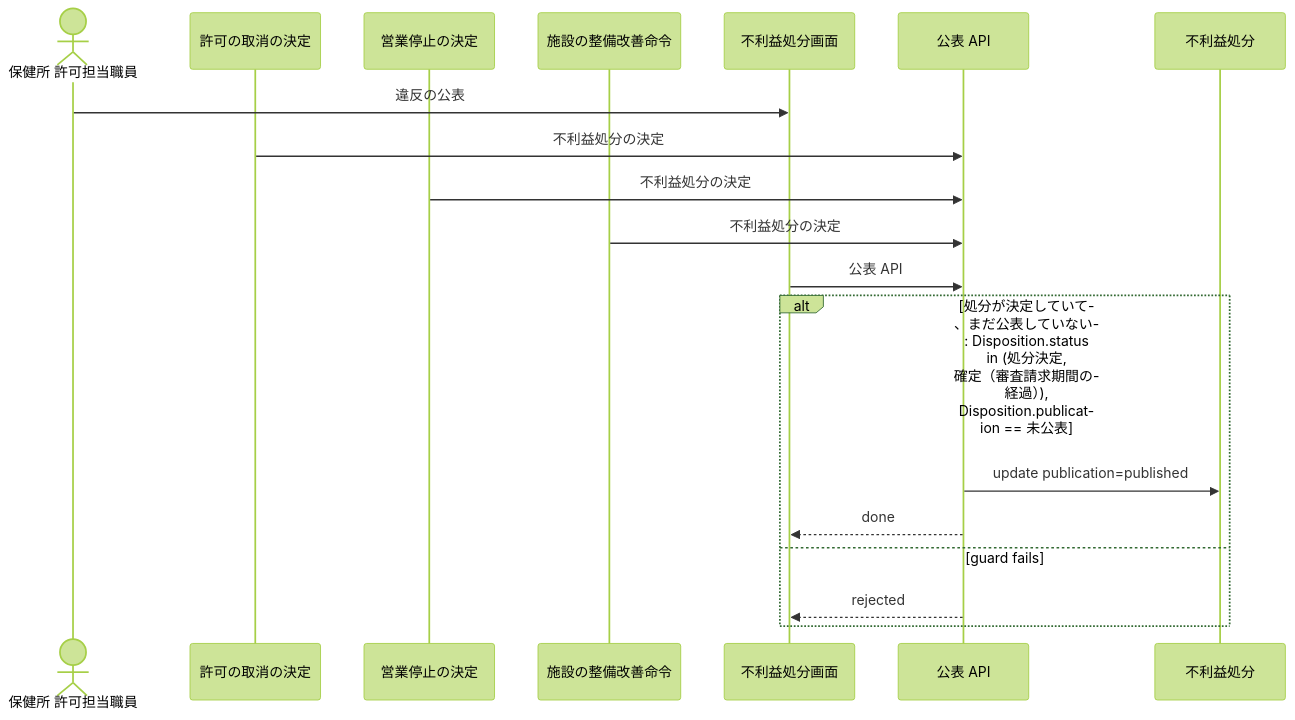
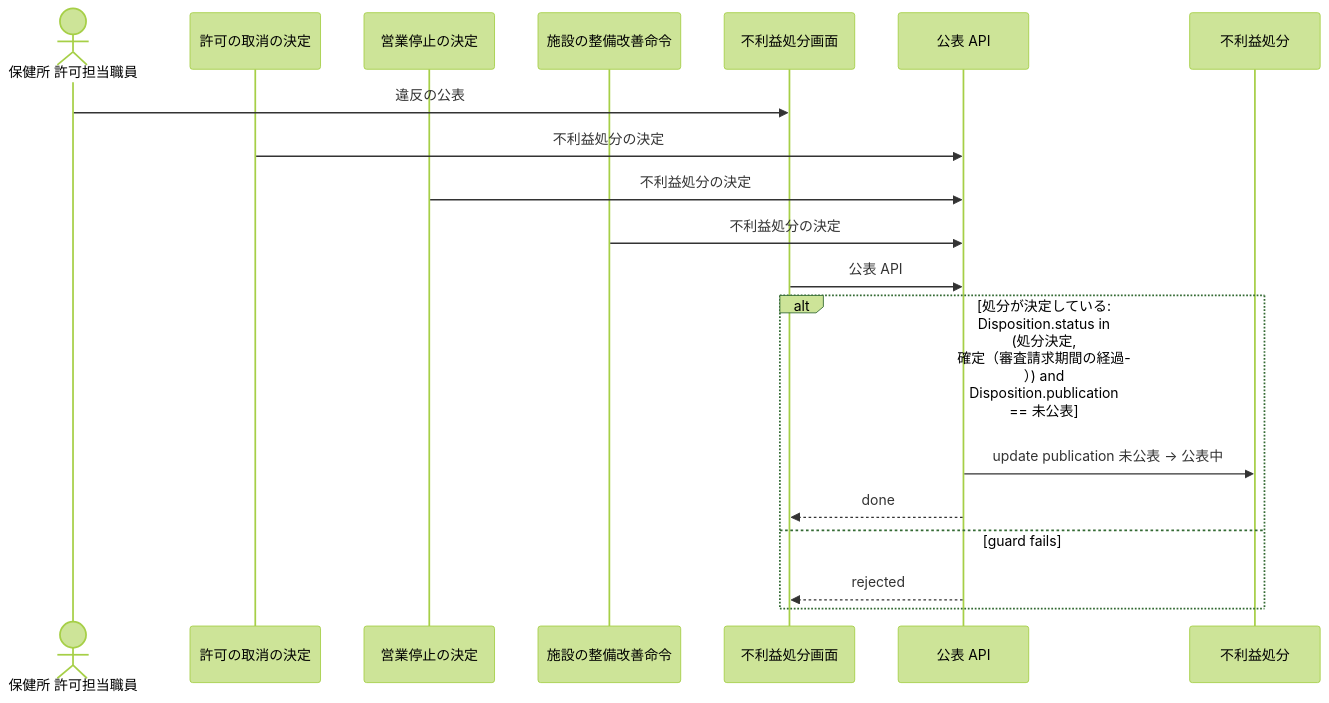
The diagram in samples/food-permit-ops/out/uc/sequence_PublishViolation.mmd (manji-0/rdra-ish-dsl), drawn with Mermaid (forest theme) before and after one commit. The commit also changed 47 other files, not shown here.

```diff
--- a/samples/food-permit-ops/out/uc/sequence_PublishViolation.mmd
+++ b/samples/food-permit-ops/out/uc/sequence_PublishViolation.mmd
@@ -1,22 +1,22 @@
 %% rdra-ish diagram=sequence scope=usecase:PublishViolation model=samples/food-permit-ops
 %% kinds: actor usecase screen api entity
 %% omitted: buc step medium permission event condition
 sequenceDiagram
   actor actor__PermitClerk as 保健所 許可担当職員
   participant usecase__DecideRevocation as 許可の取消の決定
   participant usecase__DecideSuspension as 営業停止の決定
   participant usecase__OrderImprovement as 施設の整備改善命令
   participant screen__DispositionScreen as 不利益処分画面
   participant api__PublicationApi as 公表 API
   participant entity__Disposition as 不利益処分
   actor__PermitClerk ->> screen__DispositionScreen: 違反の公表
   usecase__DecideRevocation ->> api__PublicationApi: 不利益処分の決定
   usecase__DecideSuspension ->> api__PublicationApi: 不利益処分の決定
   usecase__OrderImprovement ->> api__PublicationApi: 不利益処分の決定
   screen__DispositionScreen ->> api__PublicationApi: 公表 API
-  alt 処分が決定していて、まだ公表していない: Disposition.status in (処分決定, 確定（審査請求期間の経過）), Disposition.publication == 未公表
-    api__PublicationApi ->> entity__Disposition: update publication=published
+  alt 処分が決定している: Disposition.status in (処分決定, 確定（審査請求期間の経過）) and Disposition.publication == 未公表
+    api__PublicationApi ->> entity__Disposition: update publication 未公表 -> 公表中
     api__PublicationApi -->> screen__DispositionScreen: done
   else guard fails
     api__PublicationApi -->> screen__DispositionScreen: rejected
   end
```
